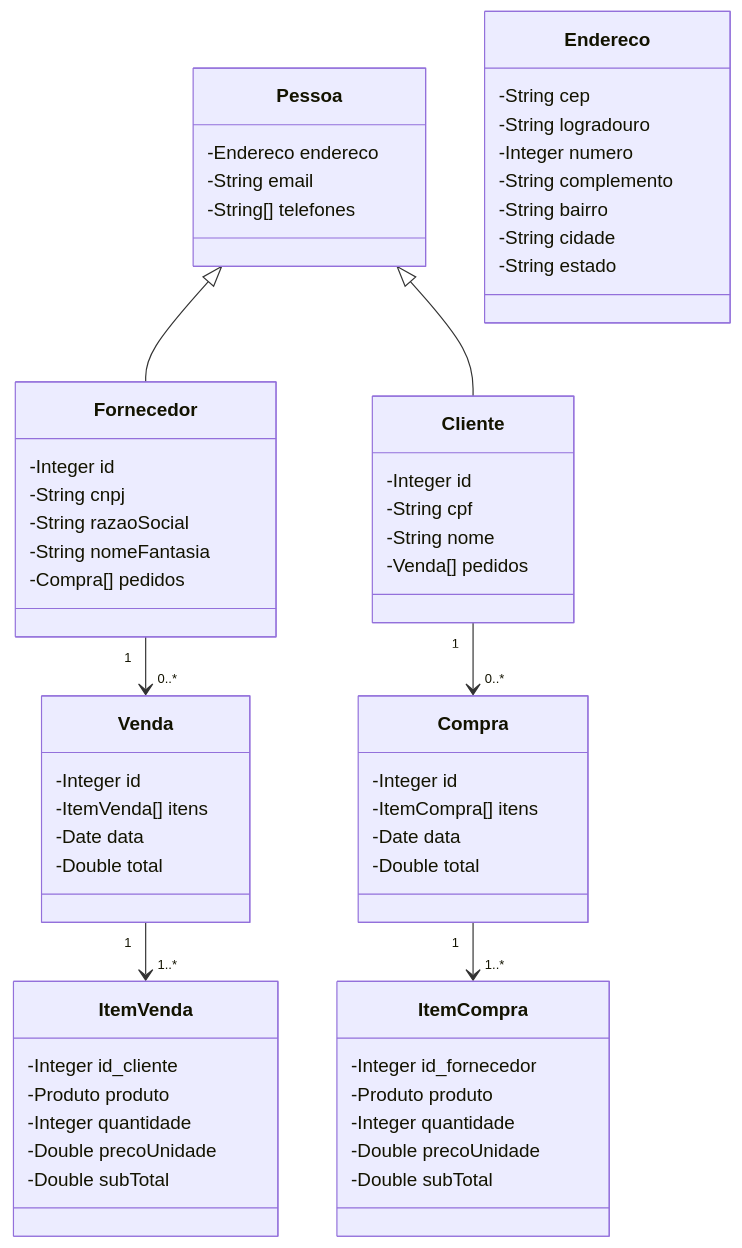
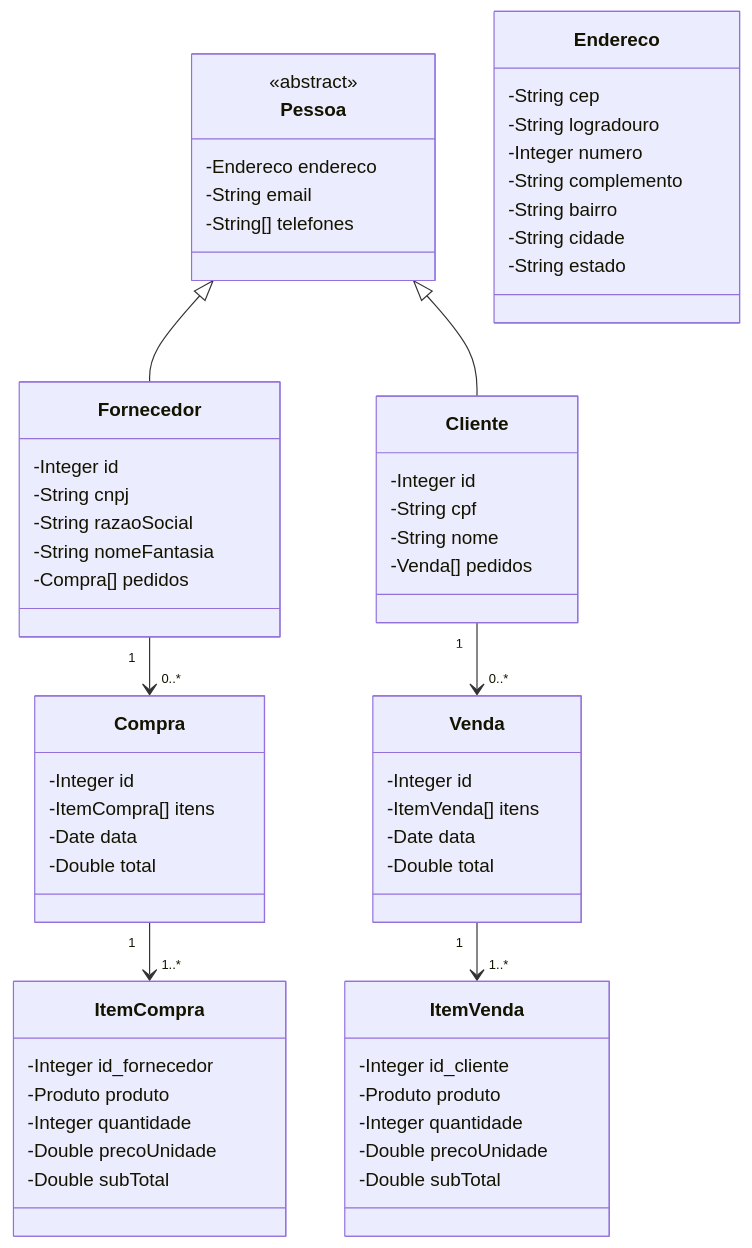
Before and after one commit to digaoes94/trabalhoSQL: the diagram in classDiagram.mmd, drawn with Mermaid. The commit also changed other lines of this file and 3 other files, not shown here.

Commit message:
Entity-Relationship diagram done. Class diagram still lacks methods.

```diff
--- a/classDiagram.mmd
+++ b/classDiagram.mmd
@@ -1,72 +1,73 @@
 classDiagram
     class Pessoa {
+        <<abstract>>
         -Endereco endereco
         -String email
         -String[] telefones
     }
 
     class Fornecedor {
         -Integer id
         -String cnpj
         -String razaoSocial
         -String nomeFantasia
         -Compra[] pedidos
     }
 
     class ItemCompra {
         -Integer id_fornecedor
         -Produto produto
         -Integer quantidade
         -Double precoUnidade
         -Double subTotal
     }
 
     class Compra {
         -Integer id
         -ItemCompra[] itens
         -Date data
         -Double total
     }
 
     class Cliente {
         -Integer id
         -String cpf
         -String nome
         -Venda[] pedidos
     }
 
     class ItemVenda {
         -Integer id_cliente
         -Produto produto
         -Integer quantidade
         -Double precoUnidade
         -Double subTotal
     }
 
     class Venda {
         -Integer id
         -ItemVenda[] itens
         -Date data
         -Double total
     }
 
     %%-- seria interessante criar uma função autoCEP(String cep), mas teríamos de baixar as tabelas de CEP do IBGE --%%
     %%-- no caso essa função buscaria do CEP da pessoa e completaria automaticamente o Estado, Cidade, Bairro e Logradouro de Endereco  --%%
     class Endereco {
         -String cep
         -String logradouro
         -Integer numero
         -String complemento
         -String bairro
         -String cidade
         -String estado
     }
 
     Pessoa <|-- Fornecedor
     Pessoa <|-- Cliente
 
-    Cliente "1" --> "0..*" Compra
+    Fornecedor "1" --> "0..*" Compra
     Compra "1" --> "1..*" ItemCompra
 
-    Fornecedor "1" --> "0..*" Venda
+    Cliente "1" --> "0..*" Venda
     Venda "1" --> "1..*" ItemVenda
```
